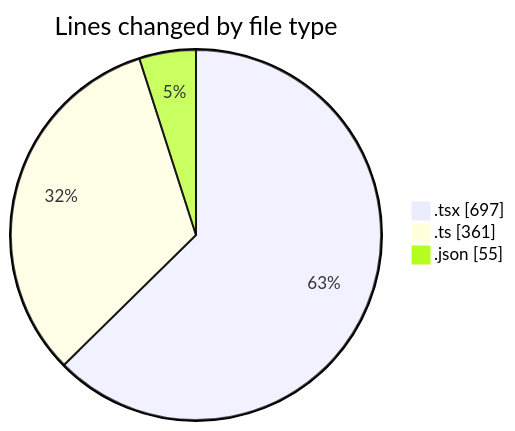
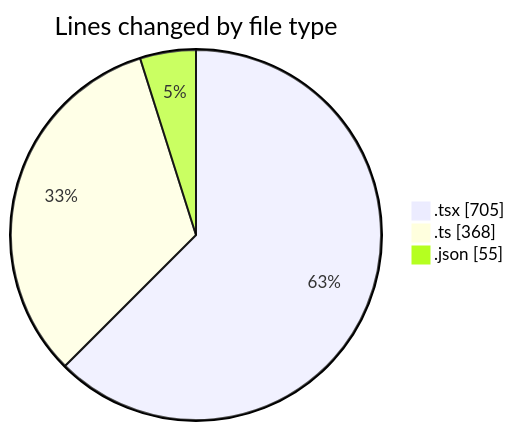
Before and after one commit to julien-gomy/code-tracking: the first of 2 diagrams in 2025-10-21/eventscop-frontend-guide__workspace_/README.md, drawn with Mermaid. The commit also changed other lines of this file and 1 other file, not shown here.

````diff
--- a/2025-10-21/eventscop-frontend-guide__workspace_/README.md
+++ b/2025-10-21/eventscop-frontend-guide__workspace_/README.md
@@ -34,7 +35,7 @@
 ```mermaid
 pie showData
 title Lines changed by file type
-".tsx" : 697
-".ts" : 361
+".tsx" : 705
+".ts" : 368
 ".json" : 55
 ```
````
